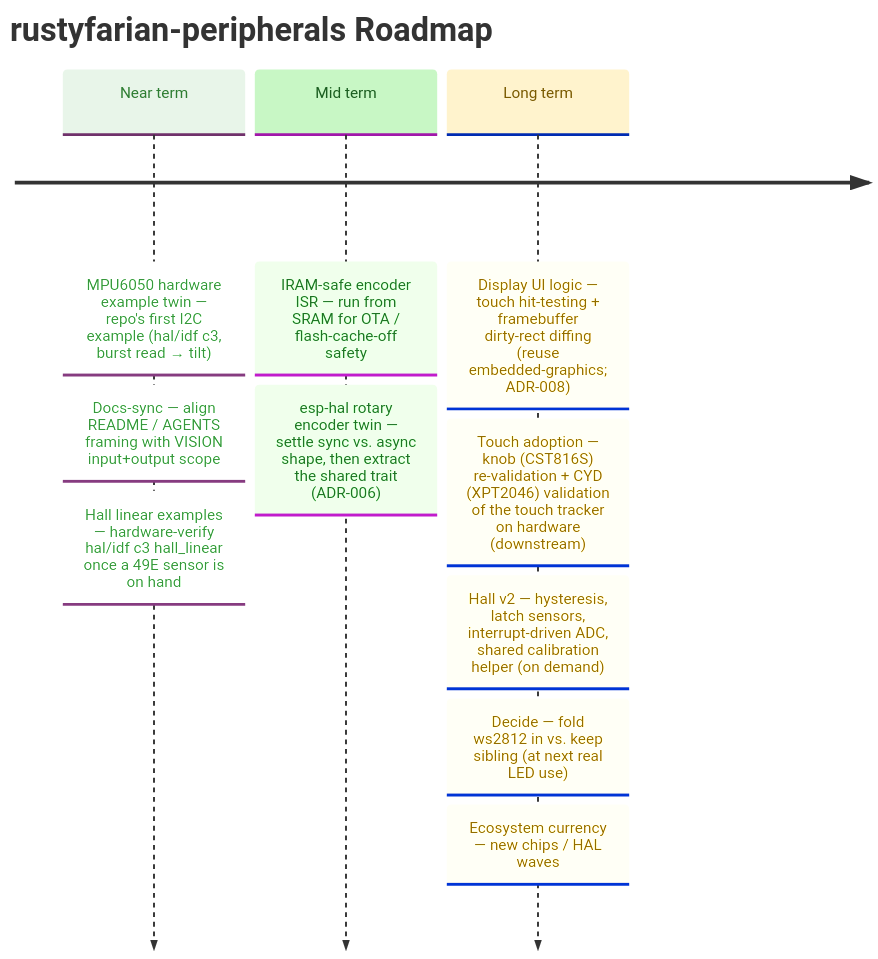
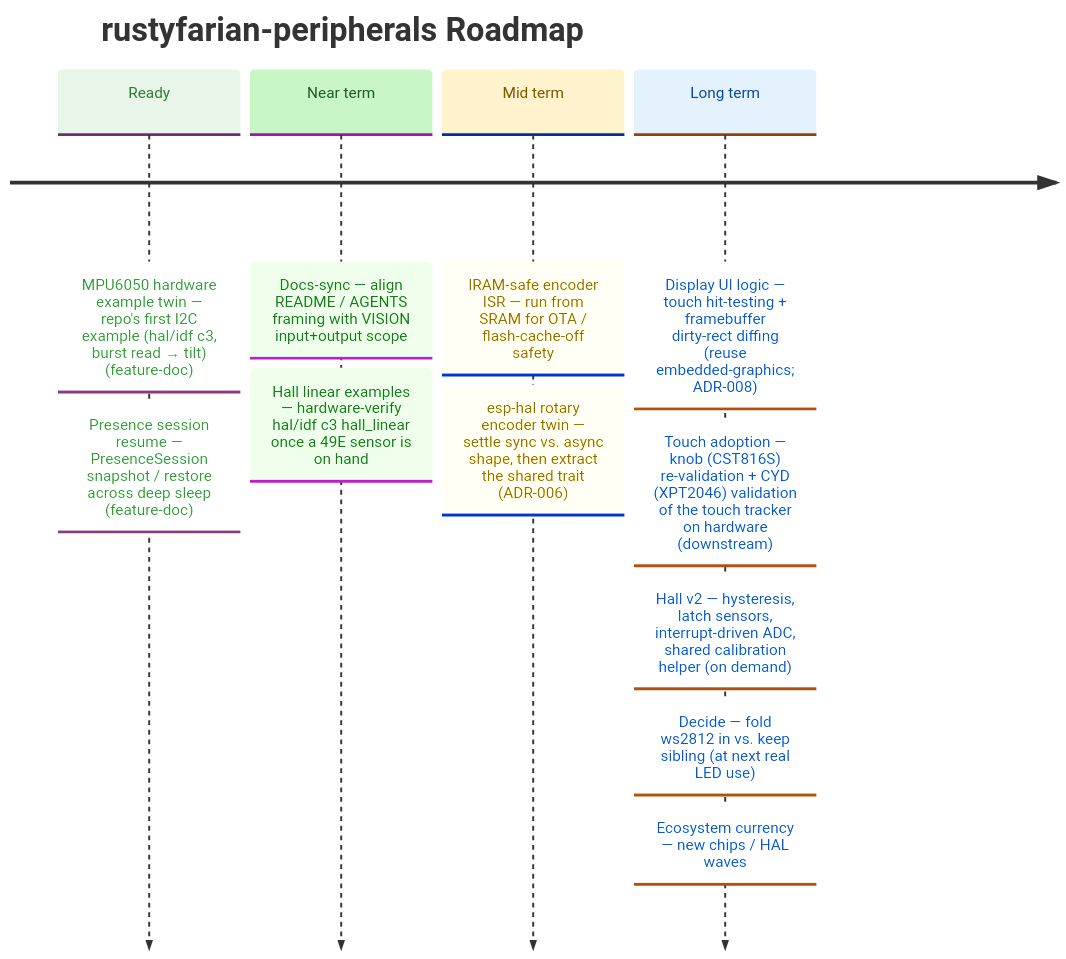
Before and after one commit to datenkollektiv/rustyfarian-peripherals: the diagram in docs/ROADMAP.md, drawn with Mermaid. The commit also changed other lines of this file and 2 other files, not shown here.

Commit message:
Add feature documentation for Presence Session Resume v1

````diff
--- a/docs/ROADMAP.md
+++ b/docs/ROADMAP.md
@@ -10,31 +10,33 @@
 ```mermaid
 %%{init: {
   "theme": "base",
   "themeVariables": {
     "cScale0": "#e8f5e9",
     "cScaleLabel0": "#2e7d32",
     "cScale1": "#c8f7c5",
     "cScaleLabel1": "#1b5e20",
     "cScale2": "#fff3cd",
     "cScaleLabel2": "#7a5a00",
     "cScale3": "#e3f2fd",
     "cScaleLabel3": "#0d47a1"
   }
 }}%%
 
 timeline
     title rustyfarian-peripherals Roadmap
 
-    Near term : MPU6050 hardware example twin — repo's first I2C example (hal/idf c3, burst read → tilt)
-              : Docs-sync — align README / AGENTS framing with VISION input+output scope
+    Ready     : MPU6050 hardware example twin — repo's first I2C example (hal/idf c3, burst read → tilt) (feature-doc)
+              : Presence session resume — PresenceSession snapshot / restore across deep sleep (feature-doc)
+
+    Near term : Docs-sync — align README / AGENTS framing with VISION input+output scope
               : Hall linear examples — hardware-verify hal/idf c3 hall_linear once a 49E sensor is on hand
 
     Mid term  : IRAM-safe encoder ISR — run from SRAM for OTA / flash-cache-off safety
               : esp-hal rotary encoder twin — settle sync vs. async shape, then extract the shared trait (ADR-006)
 
     Long term : Display UI logic — touch hit-testing + framebuffer dirty-rect diffing (reuse embedded-graphics; ADR-008)
               : Touch adoption — knob (CST816S) re-validation + CYD (XPT2046) validation of the touch tracker on hardware (downstream)
               : Hall v2 — hysteresis, latch sensors, interrupt-driven ADC, shared calibration helper (on demand)
               : Decide — fold ws2812 in vs. keep sibling (at next real LED use)
               : Ecosystem currency — new chips / HAL waves
 ```
````
